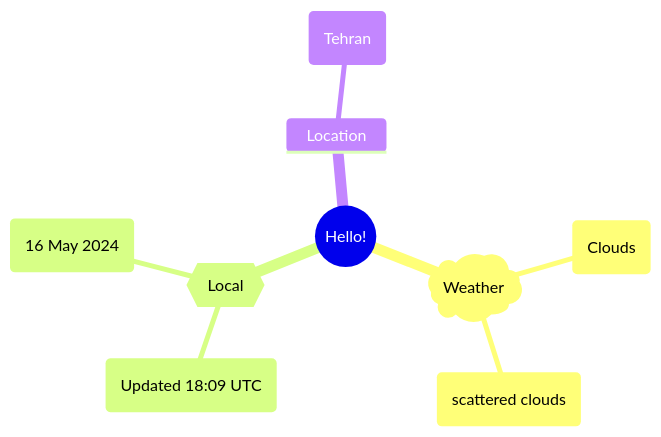
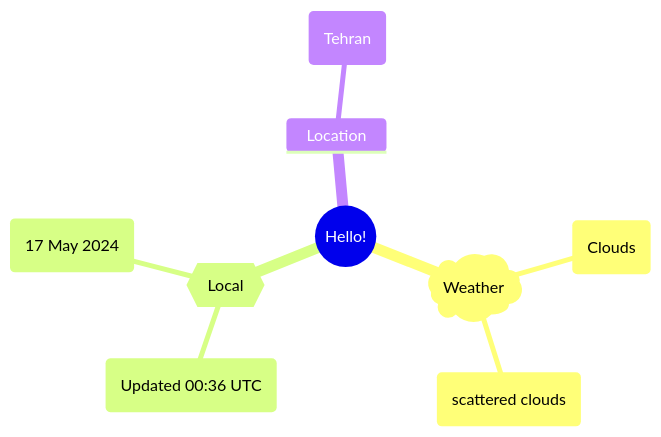
Before and after one commit to Xosrov/Xosrov: the first of 2 diagrams in README.md, drawn with Mermaid.

Commit message:
[bot] updated images

````diff
--- a/README.md
+++ b/README.md
@@ -3,12 +3,12 @@
 ```mermaid
 mindmap
   root((Hello!))
     )Weather(
         (Clouds)
         (scattered clouds)
     {{Local}}
-        (Updated 18:09 UTC)
-        (16 May 2024)
+        (Updated 00:36 UTC)
+        (17 May 2024)
     Location
         (Tehran)
 ```
````
